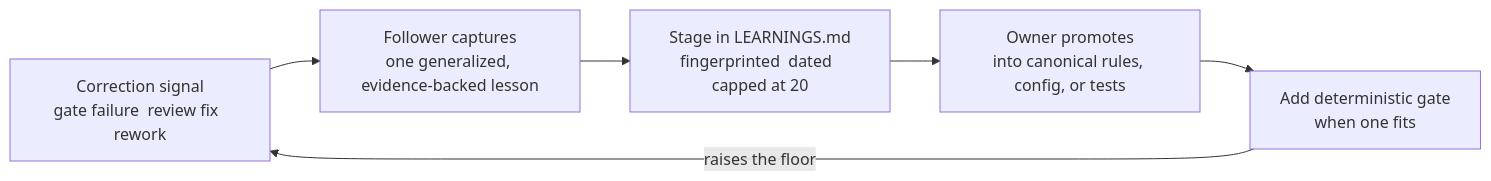
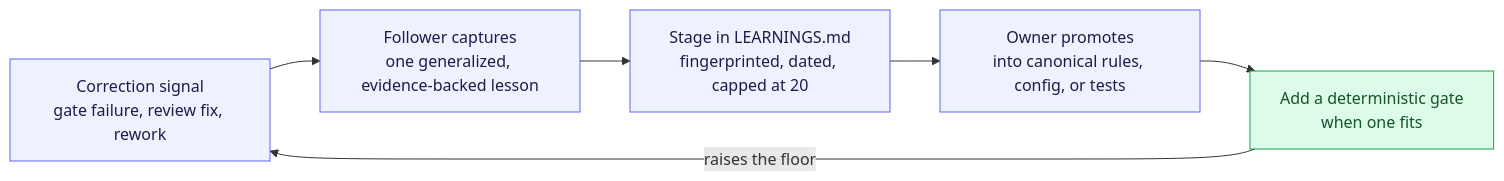
Before and after one commit to enumind/modonome: the sixth of 6 diagrams in ARCHITECTURE.md, drawn with Mermaid. The commit also changed other lines of this file and 16 other files, not shown here.

````diff
--- a/ARCHITECTURE.md
+++ b/ARCHITECTURE.md
@@ -129,11 +287,17 @@
 ```mermaid
 flowchart LR
-  signal["Correction signal\ngate failure  review fix  rework"]
-  capture["Follower captures\none generalized, evidence-backed lesson"]
-  stage["Stage in LEARNINGS.md\nfingerprinted  dated  capped at 20"]
-  promote["Owner promotes\ninto canonical rules, config, or tests"]
-  gate["Add deterministic gate\nwhen one fits"]
+  classDef step fill:#eef2ff,stroke:#6366f1,color:#1e1b4b;
+  classDef floor fill:#dcfce7,stroke:#16a34a,color:#14532d;
+
+  signal["Correction signal<br/>gate failure, review fix, rework"]
+  capture["Follower captures<br/>one generalized, evidence-backed lesson"]
+  stage["Stage in LEARNINGS.md<br/>fingerprinted, dated, capped at 20"]
+  promote["Owner promotes<br/>into canonical rules, config, or tests"]
+  gate["Add a deterministic gate<br/>when one fits"]
 
   signal --> capture --> stage --> promote --> gate
   gate -->|raises the floor| signal
+
+  class signal,capture,stage,promote step
+  class gate floor
 ```
````
